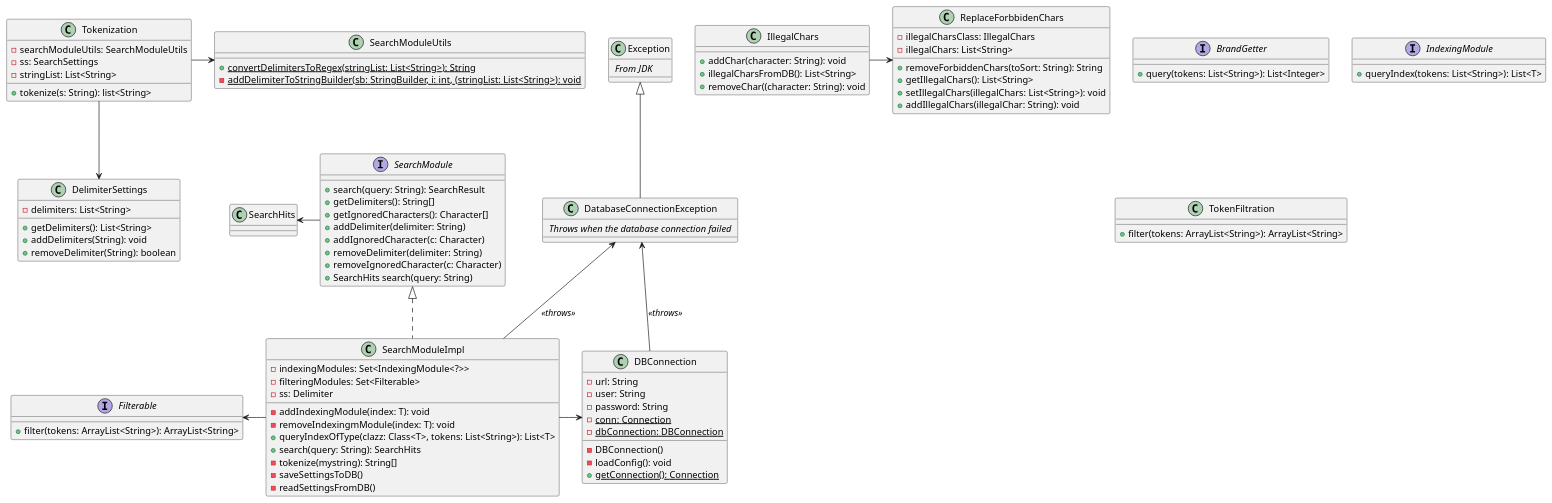
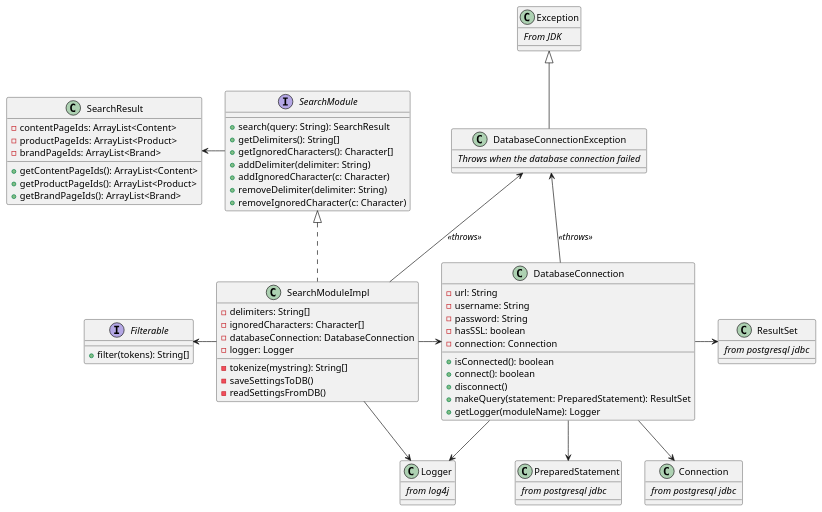
One commit to LangeHenrik/SDU-SE-F22 changed the diagram in src/main/java/dk/sdu/se_f22/searchmodule/infrastructure/diagrams/classdiagram.puml. Above: the diagram before and after it, drawn with PlantUML. The commit also changed 132 other files, not shown here.

```diff
--- a/src/main/java/dk/sdu/se_f22/searchmodule/infrastructure/diagrams/classdiagram.puml
+++ b/src/main/java/dk/sdu/se_f22/searchmodule/infrastructure/diagrams/classdiagram.puml
@@ -1,110 +1,93 @@
 @startuml
 
-interface BrandGetter {
-    + query(tokens: List<String>): List<Integer>
+interface Filterable {
+    + filter(tokens): String[]
 }
-
-interface Filterable {
-    + filter(tokens: ArrayList<String>): ArrayList<String>
-}
-
-interface IndexingModule {
-    + queryIndex(tokens: List<String>): List<T>
-}
-
 
 interface SearchModule {
     + search(query: String): SearchResult
     + getDelimiters(): String[]
     + getIgnoredCharacters(): Character[]
     + addDelimiter(delimiter: String)
     + addIgnoredCharacter(c: Character)
     + removeDelimiter(delimiter: String)
     + removeIgnoredCharacter(c: Character)
-    + SearchHits search(query: String)
 }
 
-class ReplaceForbbidenChars {
-    - illegalCharsClass: IllegalChars
-    - illegalChars: List<String>
+class DatabaseConnection {
+    - url: String
+    - username: String
+    - password: String
+    - hasSSL: boolean
+    - connection: Connection
 
-    + removeForbiddenChars(toSort: String): String
-    + getIllegalChars(): List<String>
-    + setIllegalChars(illegalChars: List<String>): void
-    + addIllegalChars(illegalChar: String): void
-}
-
-class SearchModuleImpl implements SearchModule {
-    - indexingModules: Set<IndexingModule<?>>
-    - filteringModules: Set<Filterable>
-    - ss: Delimiter
-    - addIndexingModule(index: T): void
-    - removeIndexingmModule(index: T): void
-    + queryIndexOfType(clazz: Class<T>, tokens: List<String>): List<T>
-    + search(query: String): SearchHits
-    - tokenize(mystring): String[]
-    - saveSettingsToDB()
-    - readSettingsFromDB()
-}
-
-class SearchModuleUtils {
-    + {static}convertDelimitersToRegex(stringList: List<String>): String
-    - {static}addDelimiterToStringBuilder(sb: StringBuilder, i: int, (stringList: List<String>): void
-}
-
-class DelimiterSettings {
-    - delimiters: List<String>
-    + getDelimiters(): List<String>
-    + addDelimiters(String): void
-    + removeDelimiter(String): boolean
-}
-
-class TokenFiltration {
-    +filter(tokens: ArrayList<String>): ArrayList<String>
-}
-
-class Tokenization {
-    - searchModuleUtils: SearchModuleUtils
-    - ss: SearchSettings
-    - stringList: List<String>
-    +tokenize(s: String): list<String>
-}
-
-class DBConnection {
-    - url: String
-    - user: String
-    - password: String
-    - {static} conn: Connection
-    - {static} dbConnection: DBConnection
-
-    - DBConnection()
-    - loadConfig(): void
-    + {static} getConnection(): Connection
+    + isConnected(): boolean
+    + connect(): boolean
+    + disconnect()
+    + makeQuery(statement: PreparedStatement): ResultSet
     ' see https://stackoverflow.com/a/36710057
+    + getLogger(moduleName): Logger
 }
 
 class Exception {
     // From JDK //
 }
 
 class DatabaseConnectionException extends Exception {
     // Throws when the database connection failed //
 }
 
-class IllegalChars{
-    +addChar(character: String): void
-    +illegalCharsFromDB(): List<String>
-    +removeChar((character: String): void
+class SearchModuleImpl implements SearchModule {
+    - delimiters: String[]
+    - ignoredCharacters: Character[]
+    - databaseConnection: DatabaseConnection
+    - logger: Logger
+    - tokenize(mystring): String[]
+    - saveSettingsToDB()
+    - readSettingsFromDB()
 }
 
+class SearchResult {
+    - contentPageIds: ArrayList<Content>
+    - productPageIds: ArrayList<Product>
+    - brandPageIds: ArrayList<Brand>
+    + getContentPageIds(): ArrayList<Content>
+    + getProductPageIds(): ArrayList<Product>
+    + getBrandPageIds(): ArrayList<Brand>
+}
 
-Tokenization -> SearchModuleUtils
-Tokenization --> DelimiterSettings
-SearchHits <- SearchModule
+class Connection {
+    // from postgresql jdbc //
+}
+
+class PreparedStatement {
+    // from postgresql jdbc //
+}
+
+class ResultSet {
+    // from postgresql jdbc //
+}
+
+class Logger {
+    // from log4j //
+}
+
+SearchResult <- SearchModule
 Filterable <- SearchModuleImpl
-SearchModuleImpl -> DBConnection
-DatabaseConnectionException <-- DBConnection: //<<throws>>//
+SearchModuleImpl -> DatabaseConnection
+DatabaseConnectionException <-- DatabaseConnection: //<<throws>>//
 DatabaseConnectionException <-- SearchModuleImpl: //<<throws>>//
-IllegalChars -> ReplaceForbbidenChars
+
+SearchModuleImpl --> Logger
+DatabaseConnection -> Logger
+
+DatabaseConnection -> ResultSet
+DatabaseConnection -> PreparedStatement
+DatabaseConnection -> Connection
+
+ResultSet --[hidden]> PreparedStatement
+PreparedStatement -[hidden]> Connection
+
+
 
 @enduml
```
